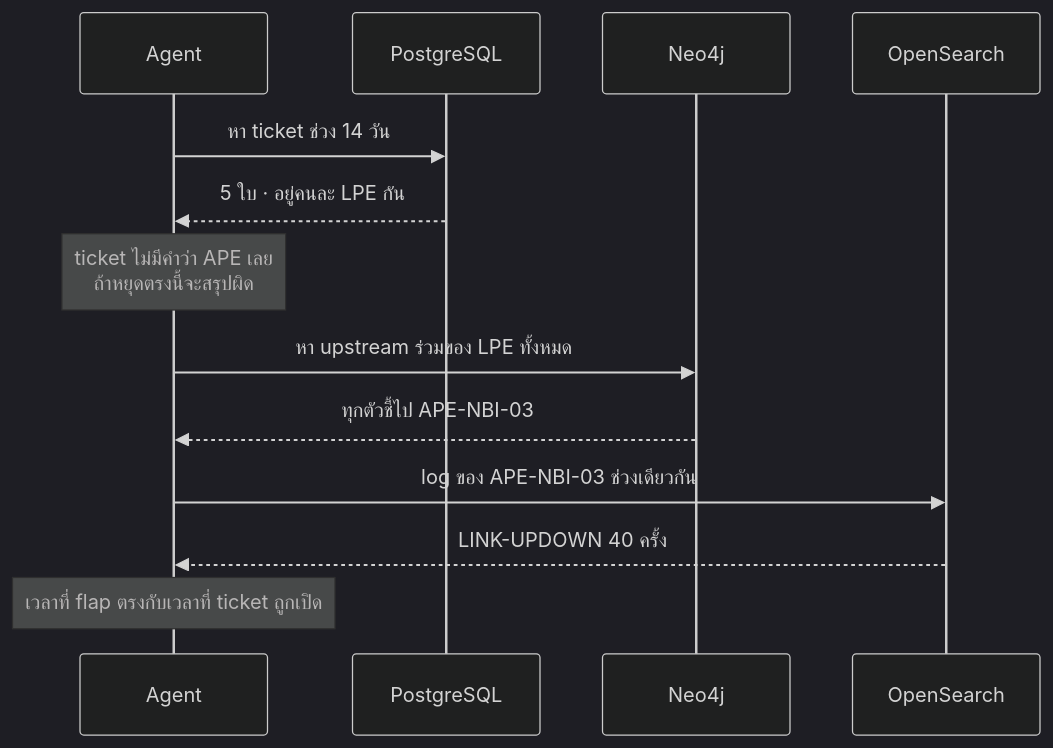
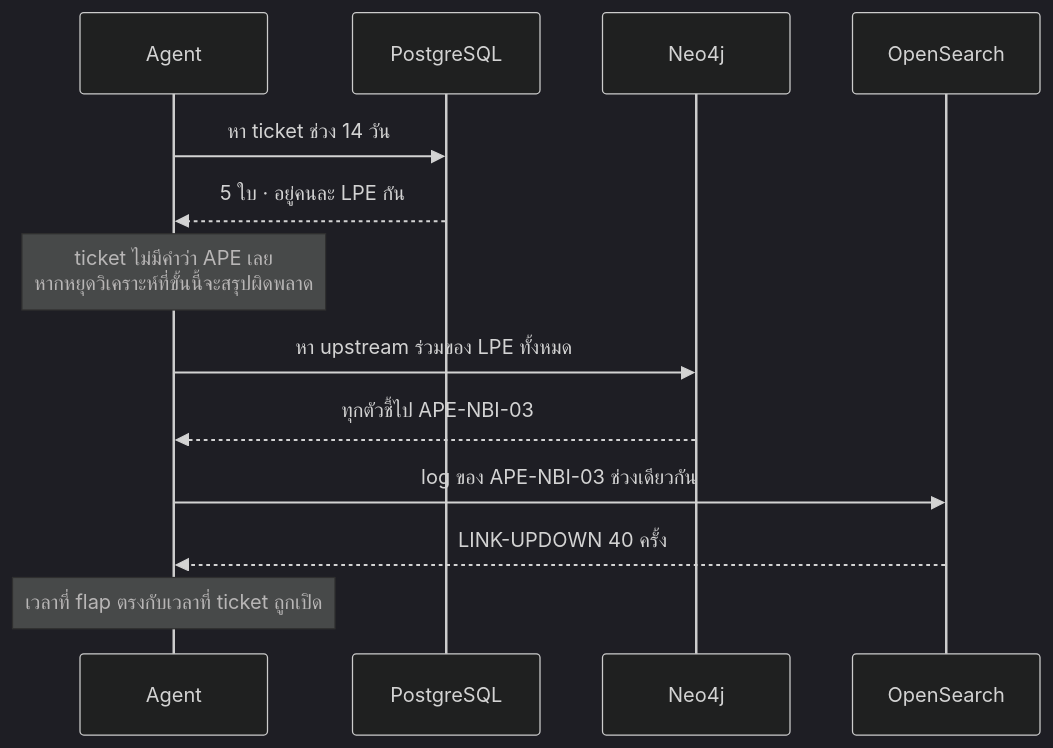
Before and after one commit to LLM-CE-KMITL/mcp-workshop: the diagram in INSTRUCTIONS/day3/12-challenge6-cross-service-diagnosis.md, drawn with Mermaid (dark theme). The commit also changed other lines of this file and 53 other files, not shown here.

````diff
--- a/INSTRUCTIONS/day3/12-challenge6-cross-service-diagnosis.md
+++ b/INSTRUCTIONS/day3/12-challenge6-cross-service-diagnosis.md
@@ -24,16 +24,16 @@
 ```mermaid
 sequenceDiagram
     participant A as Agent
     participant PG as PostgreSQL
     participant NEO as Neo4j
     participant OS as OpenSearch
 
     A->>PG: หา ticket ช่วง 14 วัน
     PG-->>A: 5 ใบ · อยู่คนละ LPE กัน
-    Note over A: ticket ไม่มีคำว่า APE เลย<br/>ถ้าหยุดตรงนี้จะสรุปผิด
+    Note over A: ticket ไม่มีคำว่า APE เลย<br/>หากหยุดวิเคราะห์ที่ขั้นนี้จะสรุปผิดพลาด
     A->>NEO: หา upstream ร่วมของ LPE ทั้งหมด
     NEO-->>A: ทุกตัวชี้ไป APE-NBI-03
     A->>OS: log ของ APE-NBI-03 ช่วงเดียวกัน
     OS-->>A: LINK-UPDOWN 40 ครั้ง
     Note over A: เวลาที่ flap ตรงกับเวลาที่ ticket ถูกเปิด
 ```
````
